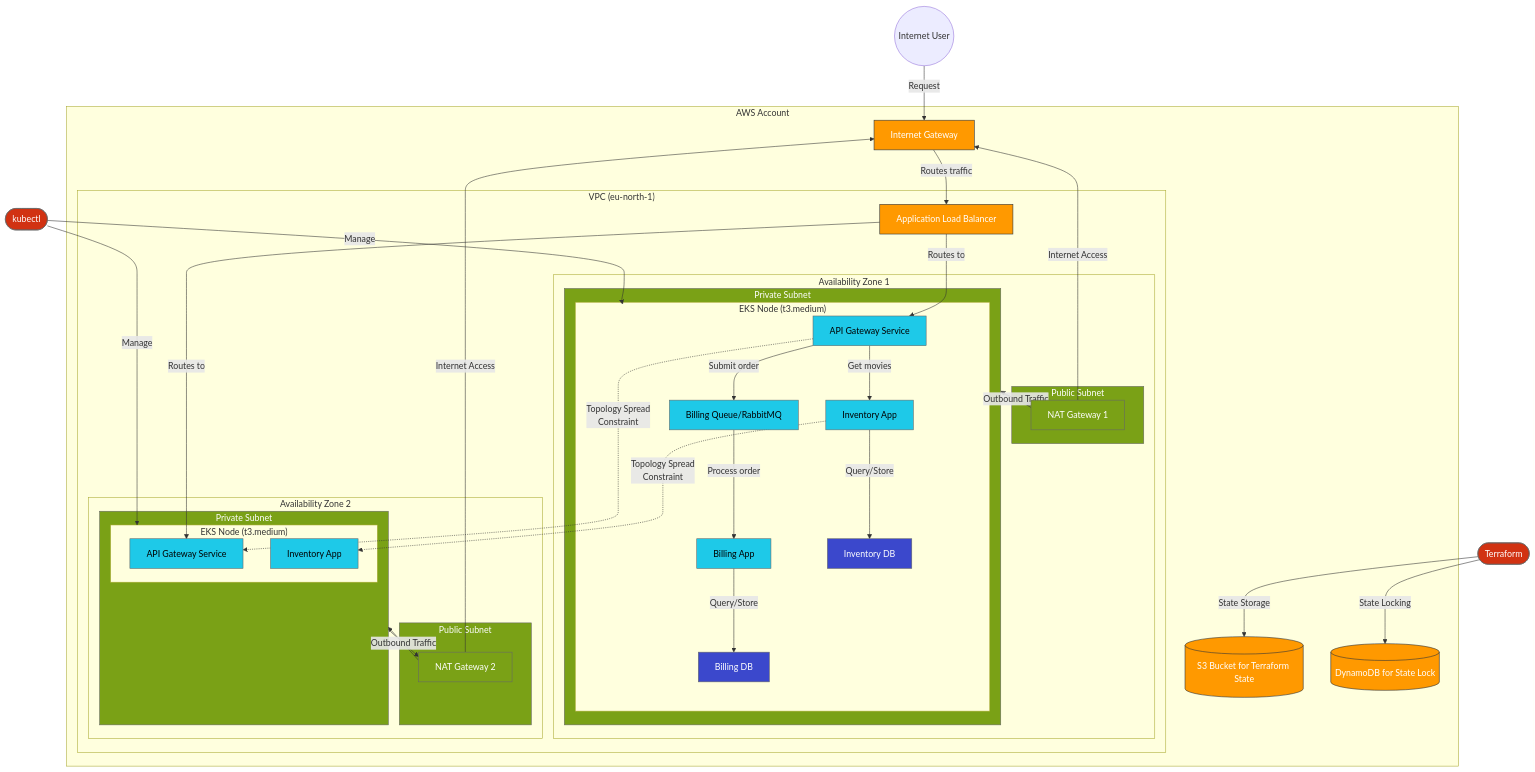
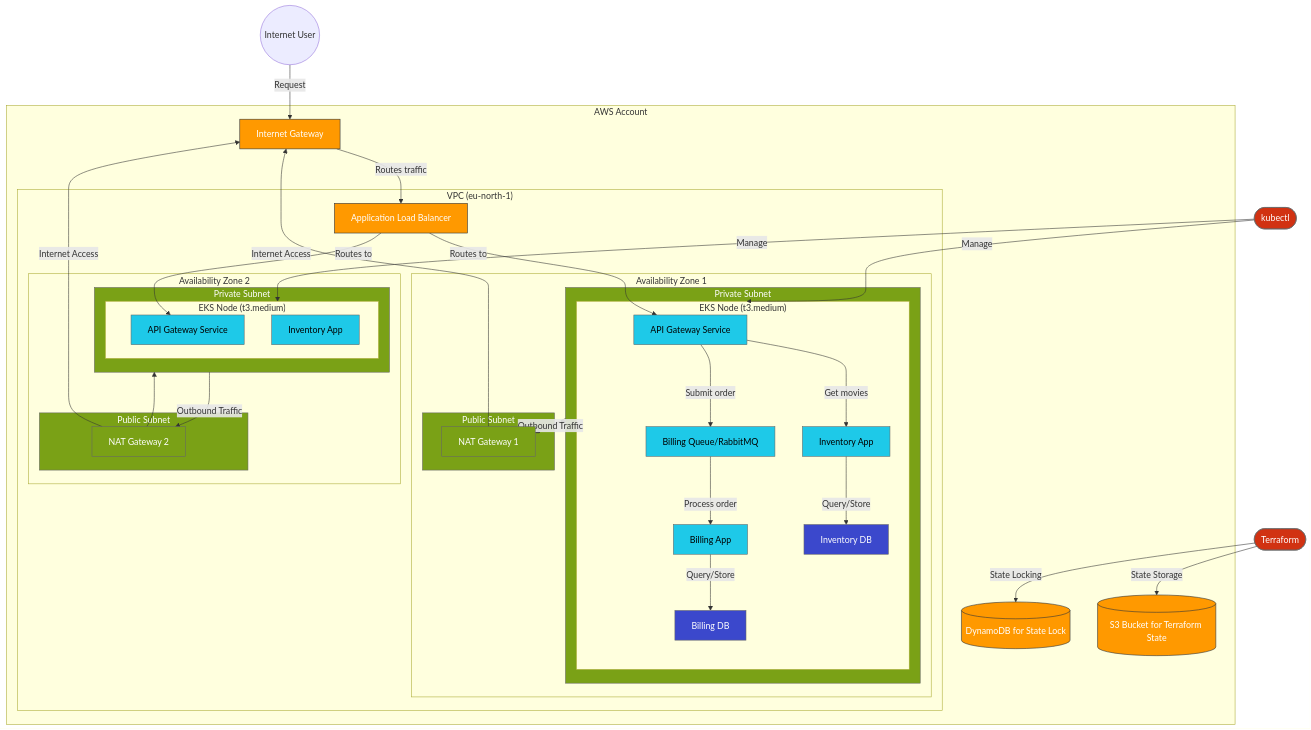
Before and after one commit to MeelisM/aws-cloud-design: the diagram in architecture-diagram.mmd, drawn with Mermaid. The commit also changed 6 other files, not shown here.

```diff
--- a/architecture-diagram.mmd
+++ b/architecture-diagram.mmd
@@ -1,101 +1,97 @@
 graph TD
     %% External User
     User((Internet User)) -->|Request| IGW
 
     %% AWS Account boundary
     subgraph AWS["AWS Account"]
         %% VPC and Internet Gateway
         IGW[Internet Gateway] -->|Routes traffic| ALB
         
         subgraph VPC["VPC (eu-north-1)"]
             %% Application Load Balancer
             ALB[Application Load Balancer] -->|Routes to| API1
             ALB -->|Routes to| API2
             
             %% Availability Zones
             subgraph AZ1["Availability Zone 1"]
                 %% Public Subnet
                 subgraph PublicSubnet1["Public Subnet"]
                     NAT1[NAT Gateway 1]
                 end
                 
                 %% Private Subnet with EKS
                 subgraph PrivateSubnet1["Private Subnet"]
                     subgraph EKSNode1["EKS Node (t3.medium)"]
                         API1[API Gateway Service]
                         INV1[Inventory App]
                         BILL1[Billing App]
                         INVDB[Inventory DB]
                         BILLDB[Billing DB]
                         QUEUE[Billing Queue/RabbitMQ]
                     end
                 end
                 
                 %% NAT Gateway connection
                 NAT1 --> PrivateSubnet1
             end
             
             subgraph AZ2["Availability Zone 2"]
                 %% Public Subnet
                 subgraph PublicSubnet2["Public Subnet"]
                     NAT2[NAT Gateway 2]
                 end
                 
                 %% Private Subnet with EKS
                 subgraph PrivateSubnet2["Private Subnet"]
                     subgraph EKSNode2["EKS Node (t3.medium)"]
                         API2[API Gateway Service]
                         INV2[Inventory App]
                         %% Note: Stateful services like DB and queue don't show here
                         %% as they're only running on one node at a time
                     end
                 end
                 
                 %% NAT Gateway connection
                 NAT2 --> PrivateSubnet2
             end
-            
-            %% Pod Distribution with Topology Spread Constraints
-            API1 -.->|"Topology Spread<br>Constraint"| API2
-            INV1 -.->|"Topology Spread<br>Constraint"| INV2
         end
         
         %% External AWS Services
         S3[(S3 Bucket for Terraform State)]
         DynamoDB[(DynamoDB for State Lock)]
     end
     
     %% Application Flow
     API1 -->|Get movies| INV1
     API1 -->|Submit order| QUEUE
     QUEUE -->|Process order| BILL1
     INV1 -->|Query/Store| INVDB
     BILL1 -->|Query/Store| BILLDB
     
     %% Terraform State Management
     Terraform([Terraform]) -->|State Storage| S3
     Terraform -->|State Locking| DynamoDB
 
     %% Service to Internet via NAT
     PrivateSubnet1 -->|Outbound Traffic| NAT1
     PrivateSubnet2 -->|Outbound Traffic| NAT2
     NAT1 -->|Internet Access| IGW
     NAT2 -->|Internet Access| IGW
     
     %% Infrastructure Management
     kubectl([kubectl]) -->|Manage| EKSNode1
     kubectl -->|Manage| EKSNode2
     
     %% Style definitions
     classDef aws fill:#FF9900,stroke:#232F3E,color:white;
     classDef service fill:#1EC9E8,stroke:#666,color:black;
     classDef database fill:#3B48CC,stroke:#666,color:white;
     classDef network fill:#7AA116,stroke:#666,color:white;
     classDef tool fill:#D13212,stroke:#666,color:white;
     
     %% Apply styles
     class S3,DynamoDB,ALB,IGW aws;
     class API1,API2,INV1,INV2,BILL1,QUEUE service;
     class INVDB,BILLDB database;
     class NAT1,NAT2,PrivateSubnet1,PrivateSubnet2,PublicSubnet1,PublicSubnet2 network;
     class Terraform,kubectl tool;
```
